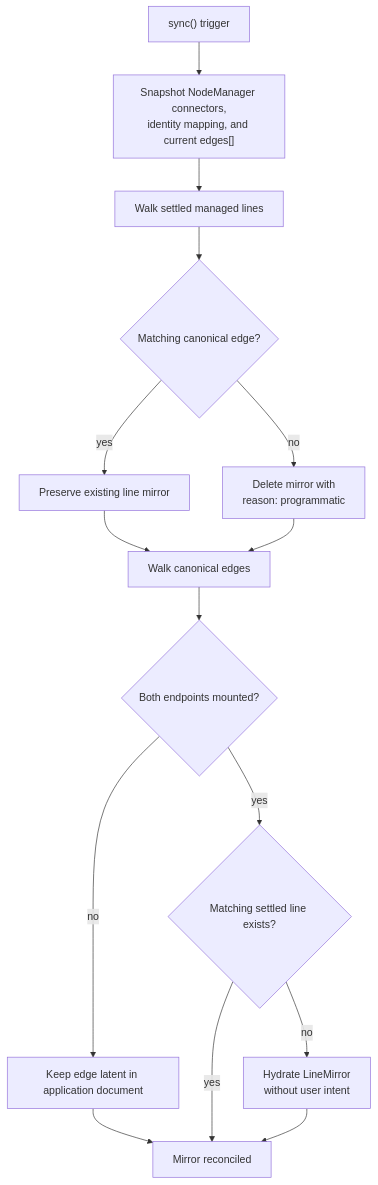
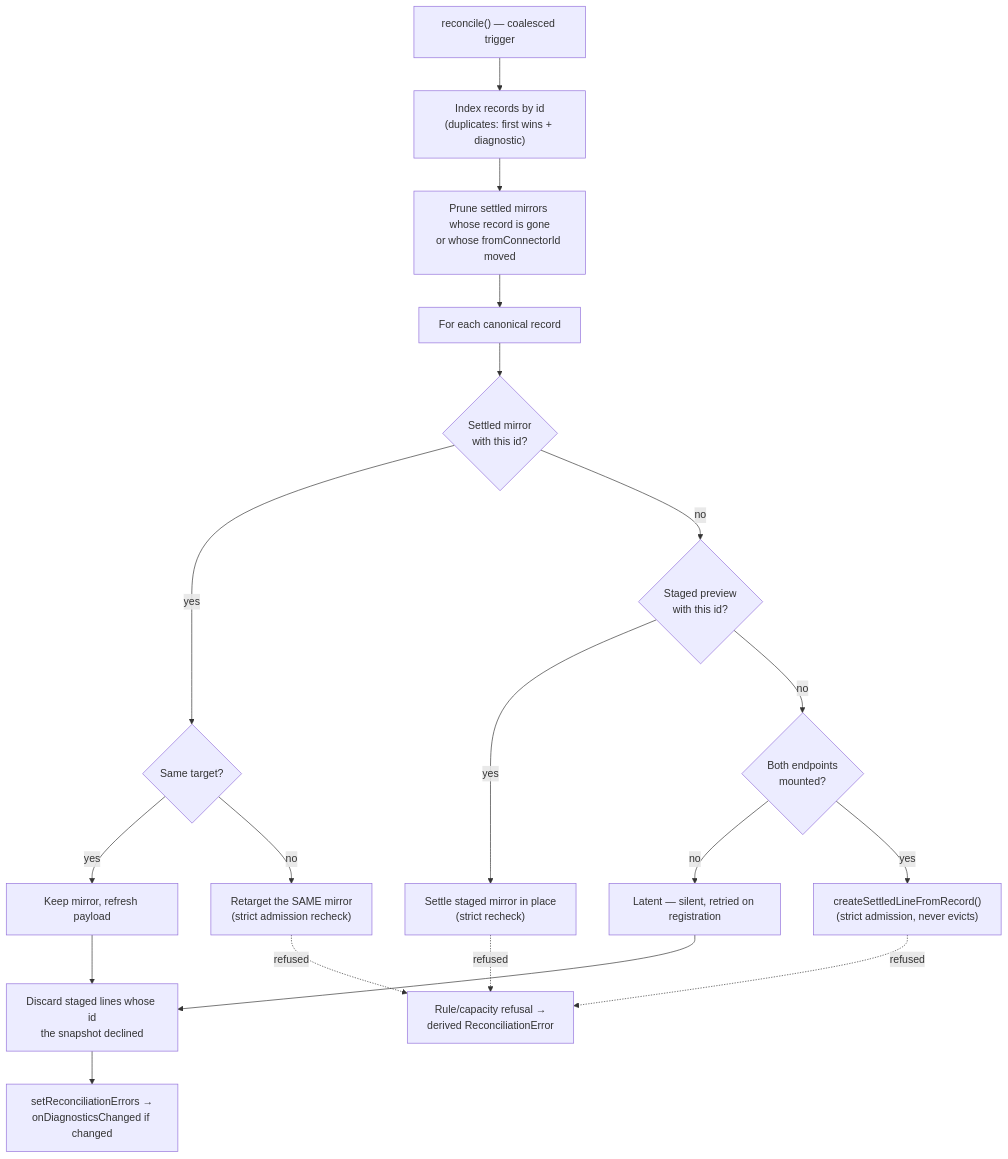
One commit to tfukaza/SnapLineJS changed the third of 3 diagrams in docs/snapline/design/current-architecture.md. Above: the diagram before and after it, drawn with Mermaid. The commit also changed other lines of this file and 16 other files, not shown here.

First line of the commit message:
docs: Phase 5c — full accuracy pass onto the final architecture

````diff
--- a/docs/snapline/design/current-architecture.md
+++ b/docs/snapline/design/current-architecture.md
@@ -558,26 +179,35 @@
 ```mermaid
 flowchart TD
-  START["sync() trigger"]
-  SNAP["Snapshot NodeManager connectors,<br/>identity mapping, and current edges[]"]
-  WALKLINES["Walk settled managed lines"]
-  LINECHECK{"Matching canonical edge?"}
-  KEEPLINE["Preserve existing line mirror"]
-  REMOVELINE["Delete mirror with<br/>reason: programmatic"]
-  WALKEDGES["Walk canonical edges"]
-  MOUNTED{"Both endpoints mounted?"}
-  EXISTS{"Matching settled line exists?"}
-  LATENT["Keep edge latent in application document"]
-  CREATELINE["Hydrate LineMirror<br/>without user intent"]
-  DONE["Mirror reconciled"]
+  START["reconcile() — coalesced trigger"]
+  DUP["Index records by id<br/>(duplicates: first wins + diagnostic)"]
+  PRUNE["Prune settled mirrors whose record is gone<br/>or whose fromConnectorId moved"]
+  EACH["For each canonical record"]
+  SETTLED{"Settled mirror<br/>with this id?"}
+  SAME{"Same target?"}
+  KEEP["Keep mirror, refresh payload"]
+  RETARGET["Retarget the SAME mirror<br/>(strict admission recheck)"]
+  STAGEDQ{"Staged preview<br/>with this id?"}
+  SETTLE["Settle staged mirror in place<br/>(strict recheck)"]
+  MOUNTED{"Both endpoints<br/>mounted?"}
+  LATENT["Latent — silent, retried on registration"]
+  CREATE["createSettledLineFromRecord()<br/>(strict admission, never evicts)"]
+  ERR["Rule/capacity refusal →<br/>derived ReconciliationError"]
+  SWEEP["Discard staged lines whose id<br/>the snapshot declined"]
+  REPORT["setReconciliationErrors →<br/>onDiagnosticsChanged if changed"]
 
-  START --> SNAP --> WALKLINES --> LINECHECK
-  LINECHECK -->|"yes"| KEEPLINE
-  LINECHECK -->|"no"| REMOVELINE
-  KEEPLINE --> WALKEDGES
-  REMOVELINE --> WALKEDGES
-  WALKEDGES --> MOUNTED
-  MOUNTED -->|"no"| LATENT --> DONE
-  MOUNTED -->|"yes"| EXISTS
-  EXISTS -->|"yes"| DONE
-  EXISTS -->|"no"| CREATELINE --> DONE
+  START --> DUP --> PRUNE --> EACH --> SETTLED
+  SETTLED -->|yes| SAME
+  SAME -->|yes| KEEP
+  SAME -->|no| RETARGET
+  SETTLED -->|no| STAGEDQ
+  STAGEDQ -->|yes| SETTLE
+  STAGEDQ -->|no| MOUNTED
+  MOUNTED -->|no| LATENT
+  MOUNTED -->|yes| CREATE
+  RETARGET -.->|refused| ERR
+  SETTLE -.->|refused| ERR
+  CREATE -.->|refused| ERR
+  KEEP --> SWEEP
+  LATENT --> SWEEP
+  SWEEP --> REPORT
 ```
````
